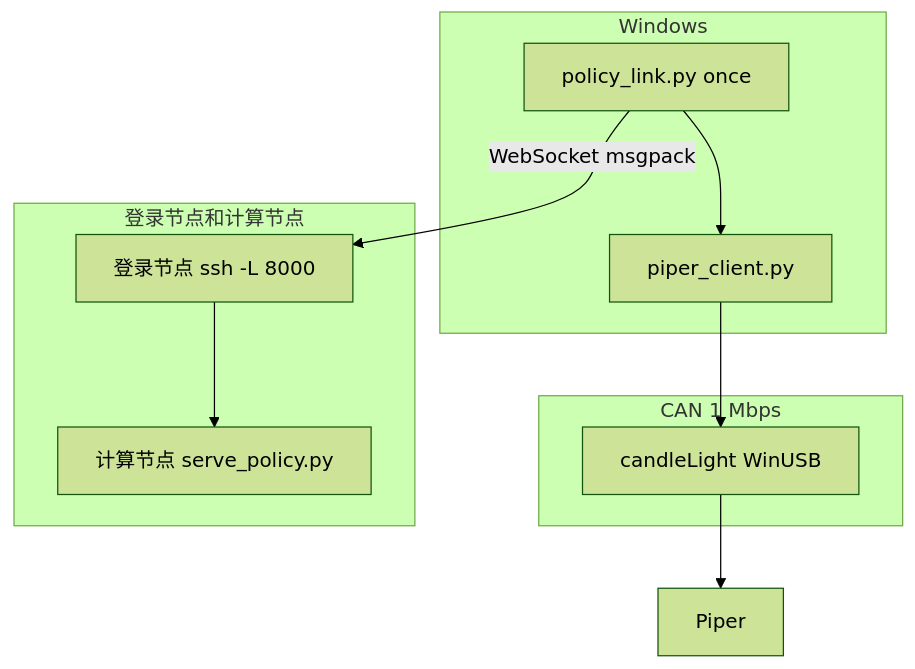
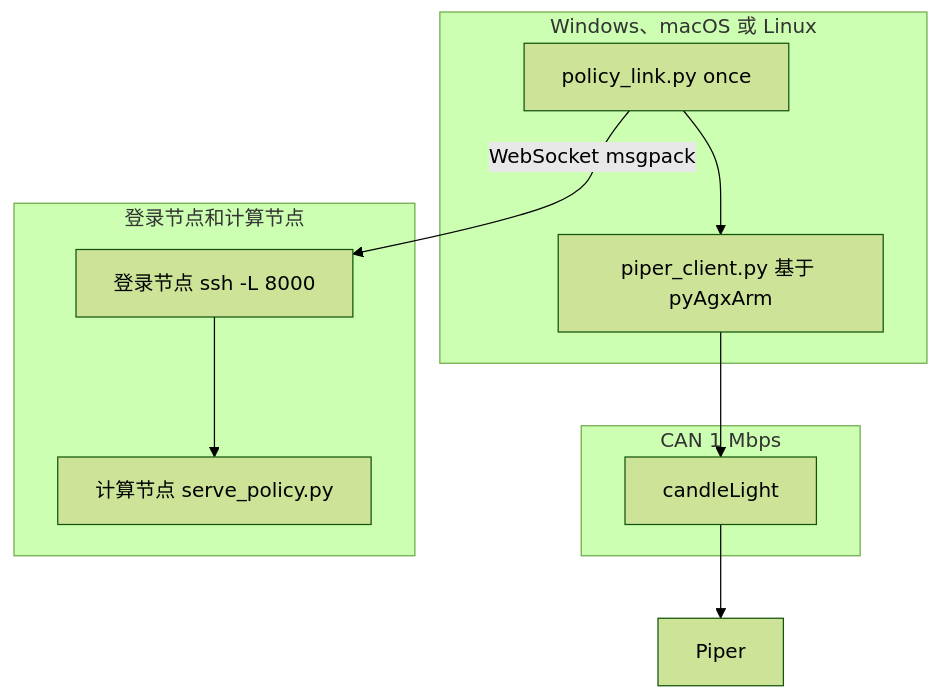
The diagram in 开发文档.md (TzJ2006/CEI_robot_arms), drawn with Mermaid (forest theme) before and after one commit. The commit also changed other lines of this file and 10 other files, not shown here.

First line of the commit message:
Drive the arm through the official pyAgxArm SDK on Windows, macOS and Linux

````diff
--- a/开发文档.md
+++ b/开发文档.md
@@ -5,19 +5,19 @@
 ```mermaid
 flowchart TB
-  subgraph win [Windows]
+  subgraph host [Windows、macOS 或 Linux]
     client[policy_link.py once]
-    armclient[piper_client.py]
+    armclient[piper_client.py 基于 pyAgxArm]
     client --> armclient
   end
   subgraph bus [CAN 1 Mbps]
-    adapter[candleLight WinUSB]
+    adapter[candleLight]
   end
   subgraph cluster [登录节点和计算节点]
     tunnel[登录节点 ssh -L 8000]
     server[计算节点 serve_policy.py]
   end
   armclient --> adapter
   adapter --> piper[Piper]
   client -->|WebSocket msgpack| tunnel
   tunnel --> server
 ```
````
